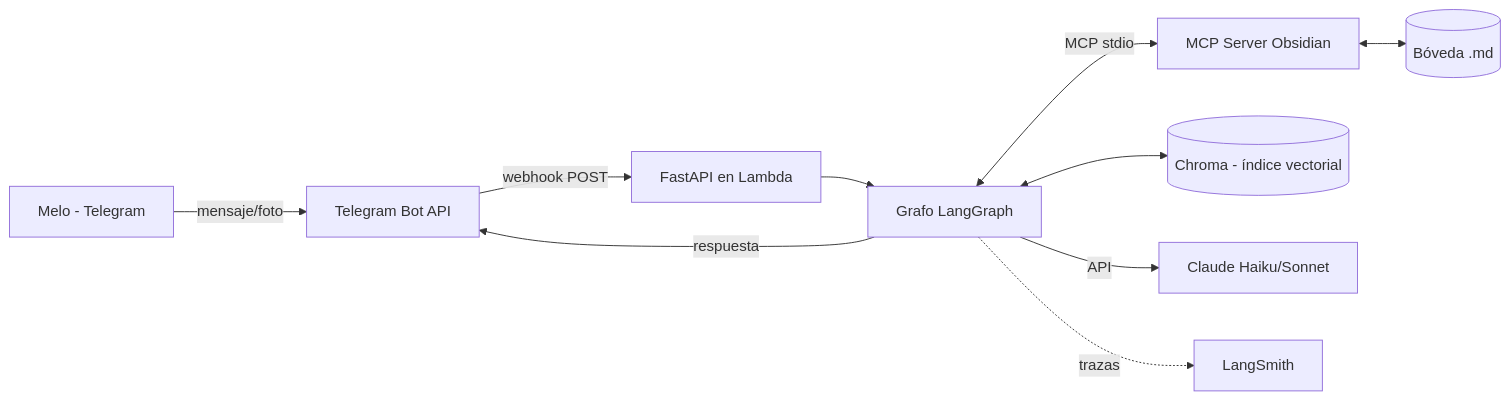
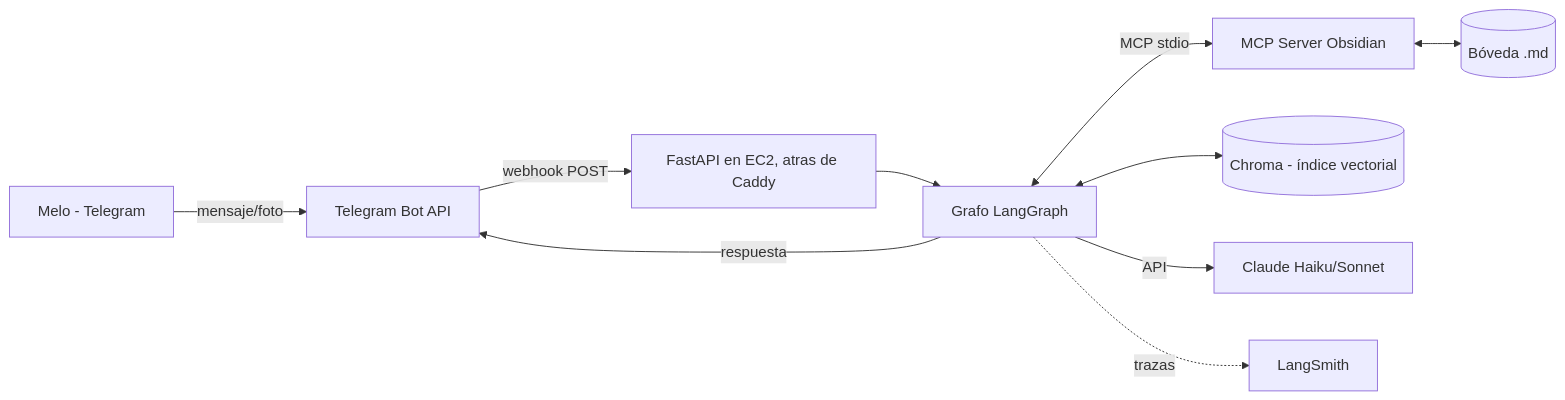
Before and after one commit to Mel0nidas/SecondBrainProyect: the first of 2 diagrams in DISEÑO.md, drawn with Mermaid. The commit also changed other lines of this file and 8 other files, not shown here.

````diff
--- a/DISEÑO.md
+++ b/DISEÑO.md
@@ -36,12 +37,12 @@
 ```mermaid
 flowchart LR
     U[Melo - Telegram] -->|mensaje/foto| TG[Telegram Bot API]
-    TG -->|webhook POST| API[FastAPI en Lambda]
+    TG -->|webhook POST| API[FastAPI en EC2, atras de Caddy]
     API --> G[Grafo LangGraph]
     G <-->|MCP stdio| OBS[MCP Server Obsidian]
     OBS <--> V[(Bóveda .md)]
     G <--> RAG[(Chroma - índice vectorial)]
     G -->|API| CL[Claude Haiku/Sonnet]
     G -->|respuesta| TG
     G -.trazas.-> LS[LangSmith]
 ```
````
